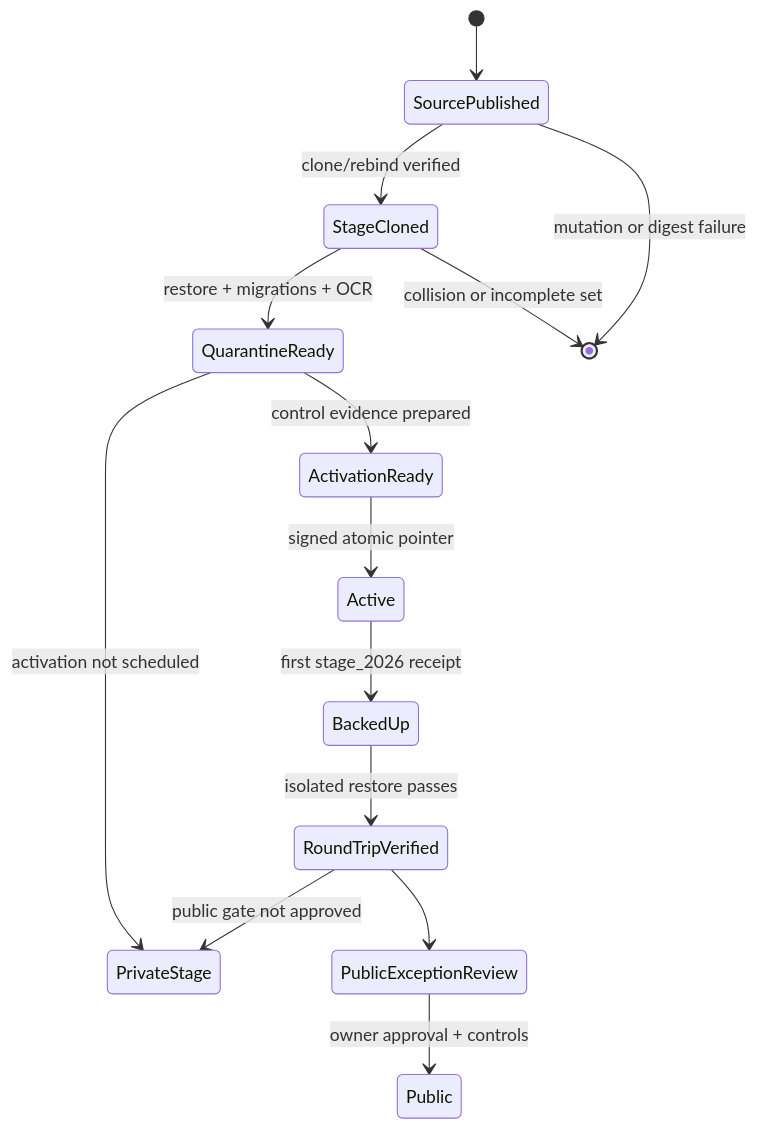
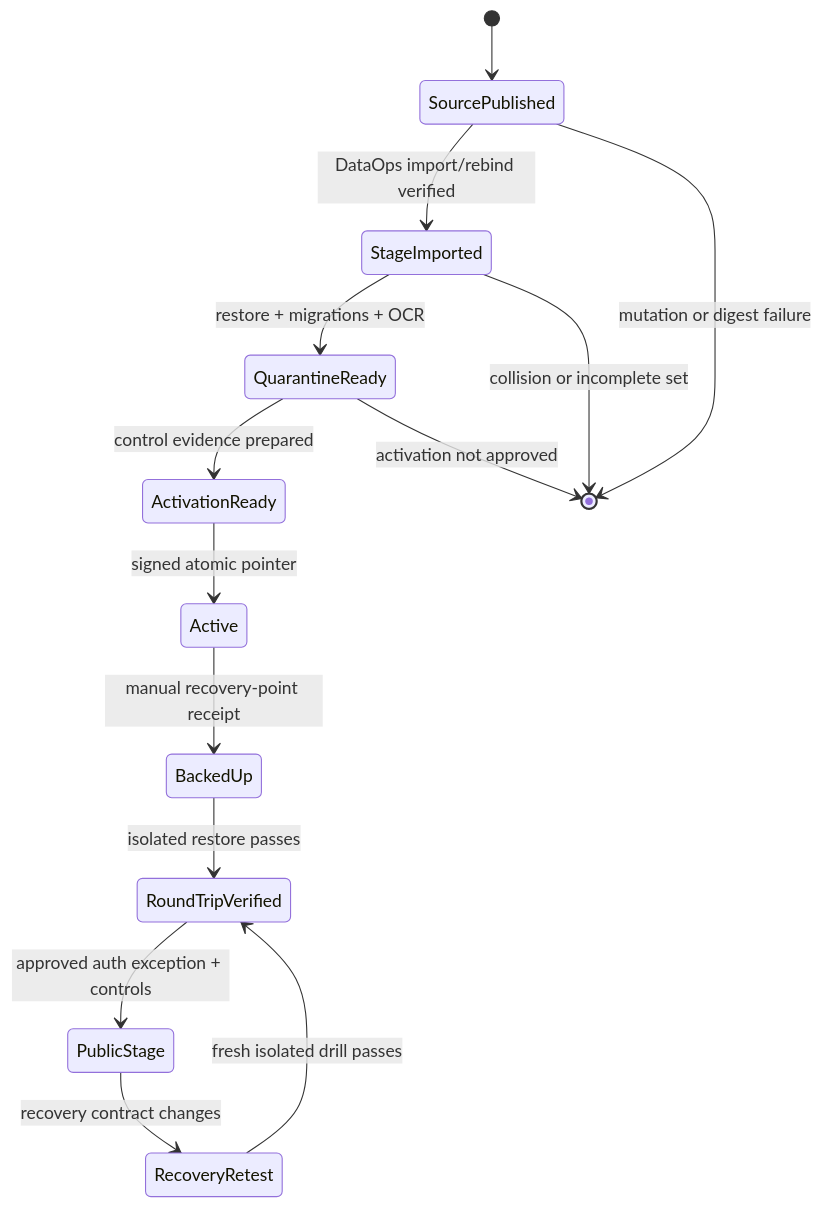
The diagram in docs/diagrams/stage-recovery-state.mmd (Nimble-esolutions/PdfSearch), drawn with Mermaid before and after one commit. The commit also changed 51 other files, not shown here.

Commit message:
docs: reconcile DataOps and VaultOps architecture truth

```diff
--- a/docs/diagrams/stage-recovery-state.mmd
+++ b/docs/diagrams/stage-recovery-state.mmd
@@ -1,14 +1,14 @@
 stateDiagram-v2
   [*] --> SourcePublished
-  SourcePublished --> StageCloned : clone/rebind verified
-  StageCloned --> QuarantineReady : restore + migrations + OCR
+  SourcePublished --> StageImported : DataOps import/rebind verified
+  StageImported --> QuarantineReady : restore + migrations + OCR
   QuarantineReady --> ActivationReady : control evidence prepared
   ActivationReady --> Active : signed atomic pointer
-  Active --> BackedUp : first stage_2026 receipt
+  Active --> BackedUp : manual recovery-point receipt
   BackedUp --> RoundTripVerified : isolated restore passes
-  RoundTripVerified --> PrivateStage : public gate not approved
-  RoundTripVerified --> PublicExceptionReview
-  PublicExceptionReview --> Public : owner approval + controls
+  RoundTripVerified --> PublicStage : approved auth exception + controls
+  PublicStage --> RecoveryRetest : recovery contract changes
+  RecoveryRetest --> RoundTripVerified : fresh isolated drill passes
   SourcePublished --> [*] : mutation or digest failure
-  StageCloned --> [*] : collision or incomplete set
-  QuarantineReady --> PrivateStage : activation not scheduled
+  StageImported --> [*] : collision or incomplete set
+  QuarantineReady --> [*] : activation not approved
```
